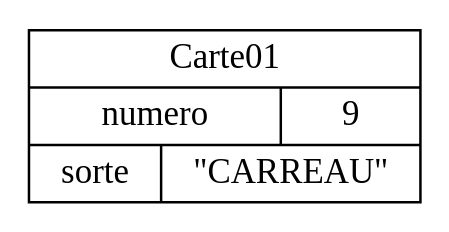
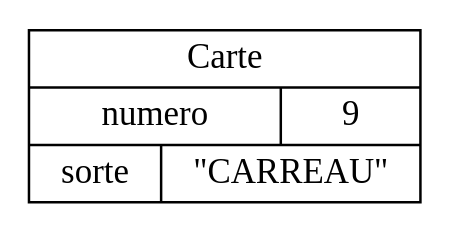
The diagram in content/modelisation/objets/Carte01.dot (cartesjava/cartesjava.github.io), drawn with Graphviz before and after one commit. The commit also changed 222 other files, not shown here.

```diff
--- a/content/modelisation/objets/Carte01.dot
+++ b/content/modelisation/objets/Carte01.dot
@@ -1,4 +1,4 @@
-digraph "Carte01" {
+digraph "Carte" {
 graph ["rankdir"="LR","compound"="true","ranksep"="1.0","nodesep"="1.0"]
-"/" ["label"="<_C>Carte01|{numero|9}|{sorte|\"CARREAU\"}","style"="filled","fillcolor"="white","shape"="record"]
+"/" ["label"="<_C>Carte|{numero|9}|{sorte|\"CARREAU\"}","style"="filled","fillcolor"="white","shape"="record"]
 }
```
